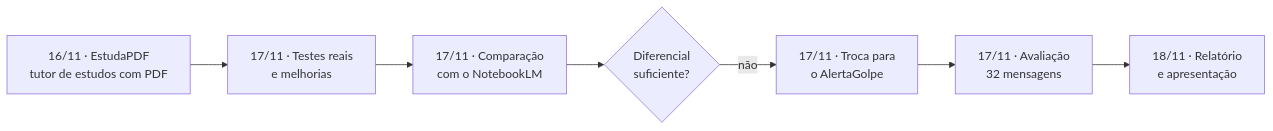
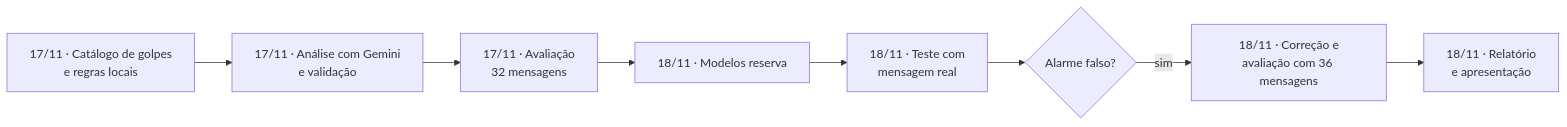
The first of 3 diagrams in docs/RELATORIO.md (gustavohleao/alertagolpe), drawn with Mermaid before and after one commit. The commit also changed other lines of this file and 17 other files, not shown here.

First line of the commit message:
AlertaGolpe: corrige alarme falso, modelos reserva e remove EstudaPDF

````diff
--- a/docs/RELATORIO.md
+++ b/docs/RELATORIO.md
@@ -104,9 +101,10 @@
 ```mermaid
 flowchart LR
-    A[16/11 · EstudaPDF<br/>tutor de estudos com PDF] --> B[17/11 · Testes reais<br/>e melhorias]
-    B --> C[17/11 · Comparação<br/>com o NotebookLM]
-    C --> D{Diferencial<br/>suficiente?}
-    D -->|não| E[17/11 · Troca para<br/>o AlertaGolpe]
-    E --> F[17/11 · Avaliação<br/>32 mensagens]
-    F --> G[18/11 · Relatório<br/>e apresentação]
+    A[17/11 · Catálogo de golpes<br/>e regras locais] --> B[17/11 · Análise com Gemini<br/>e validação]
+    B --> C[17/11 · Avaliação<br/>32 mensagens]
+    C --> D[18/11 · Modelos reserva]
+    D --> E[18/11 · Teste com<br/>mensagem real]
+    E --> F{Alarme falso?}
+    F -->|sim| G[18/11 · Correção e<br/>avaliação com 36 mensagens]
+    G --> H[18/11 · Relatório<br/>e apresentação]
 ```
````
